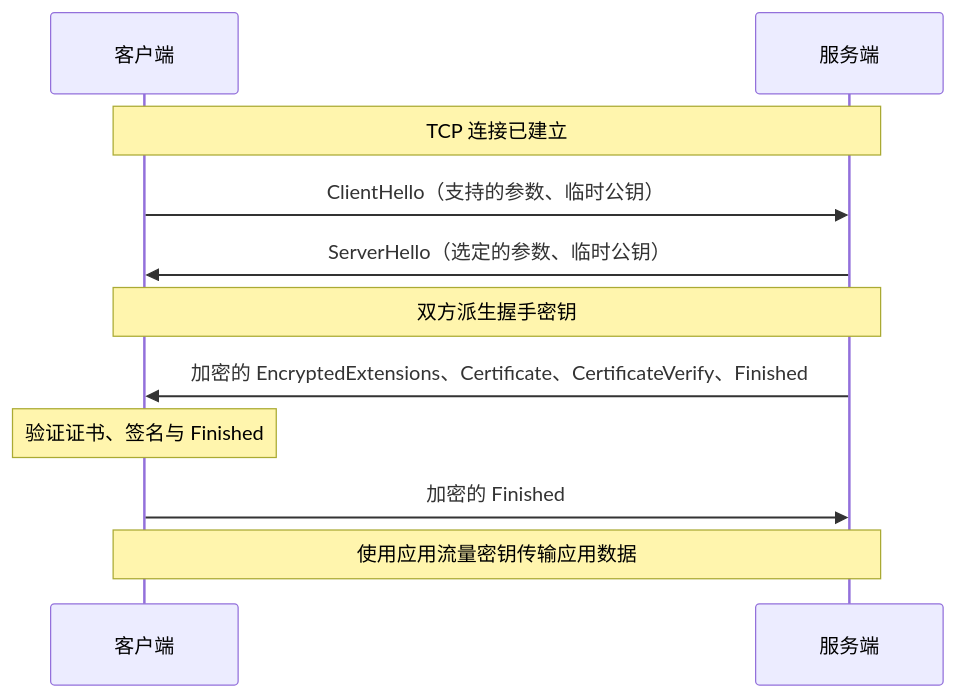
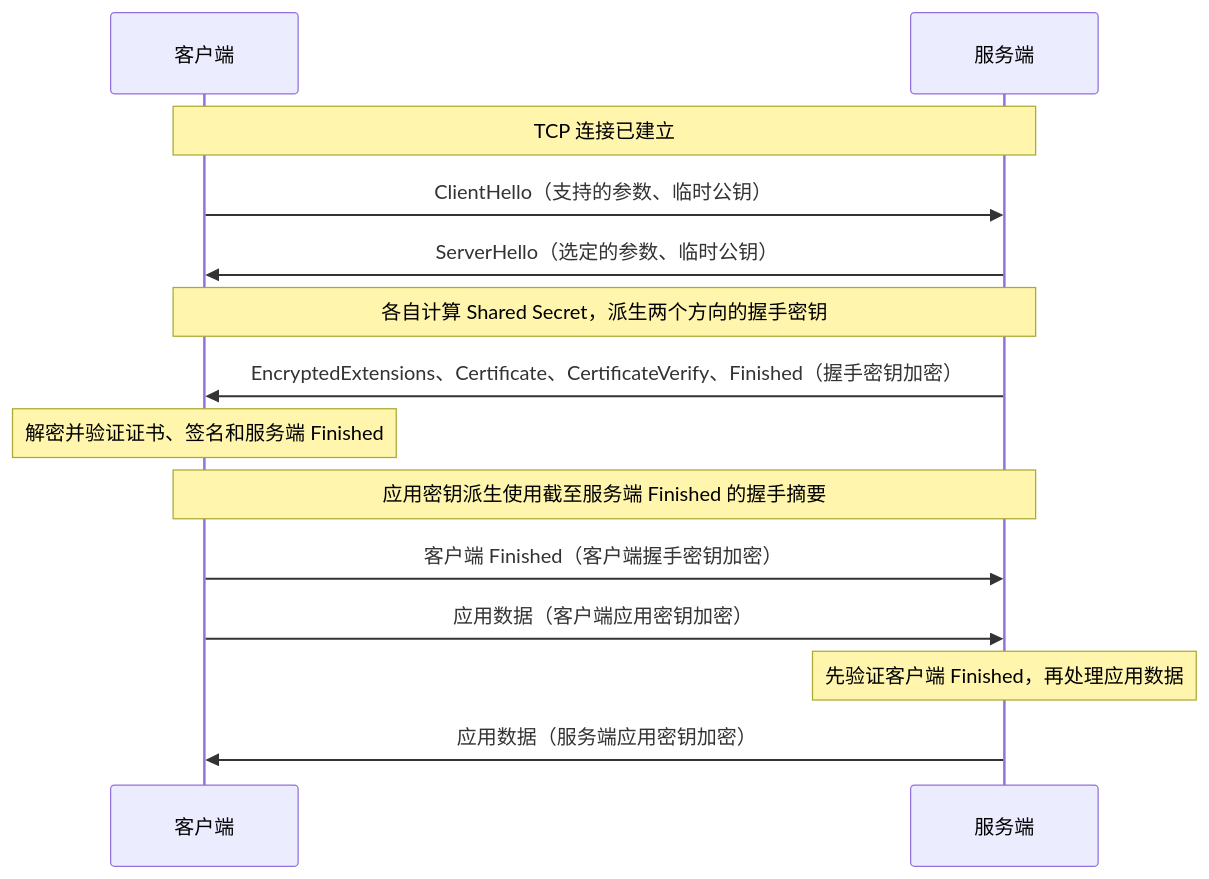
The diagram in learning/cs/security/tls.md (NoFacePeace/github), drawn with Mermaid before and after one commit. The commit also changed other lines of this file and 1 other file, not shown here.

First line of the commit message:
Expand TLS handshake and certificate documentation

````diff
--- a/learning/cs/security/tls.md
+++ b/learning/cs/security/tls.md
@@ -25,13 +27,16 @@
 ```mermaid
 sequenceDiagram
     participant C as 客户端
     participant S as 服务端
     Note over C,S: TCP 连接已建立
     C->>S: ClientHello（支持的参数、临时公钥）
     S->>C: ServerHello（选定的参数、临时公钥）
-    Note over C,S: 双方派生握手密钥
-    S->>C: 加密的 EncryptedExtensions、Certificate、CertificateVerify、Finished
-    Note over C: 验证证书、签名与 Finished
-    C->>S: 加密的 Finished
-    Note over C,S: 使用应用流量密钥传输应用数据
+    Note over C,S: 各自计算 Shared Secret，派生两个方向的握手密钥
+    S->>C: EncryptedExtensions、Certificate、CertificateVerify、Finished（握手密钥加密）
+    Note over C: 解密并验证证书、签名和服务端 Finished
+    Note over C,S: 应用密钥派生使用截至服务端 Finished 的握手摘要
+    C->>S: 客户端 Finished（客户端握手密钥加密）
+    C->>S: 应用数据（客户端应用密钥加密）
+    Note over S: 先验证客户端 Finished，再处理应用数据
+    S->>C: 应用数据（服务端应用密钥加密）
 ```
````
